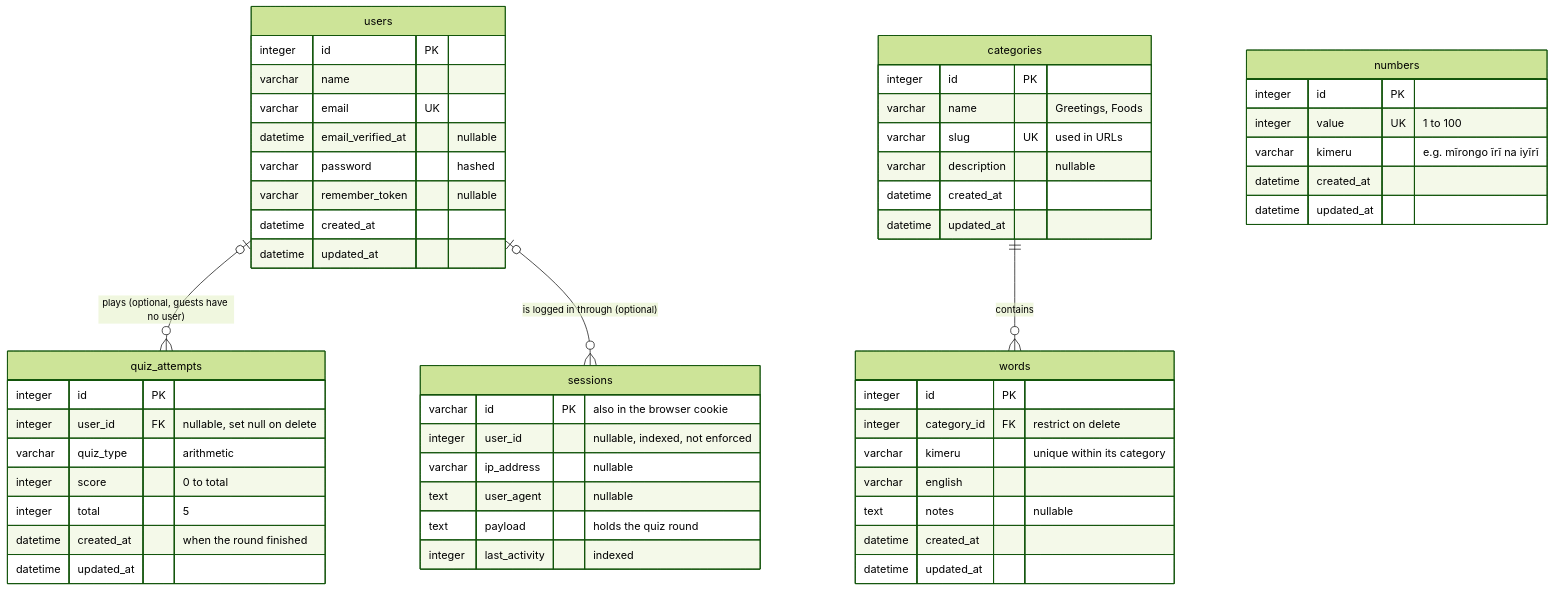
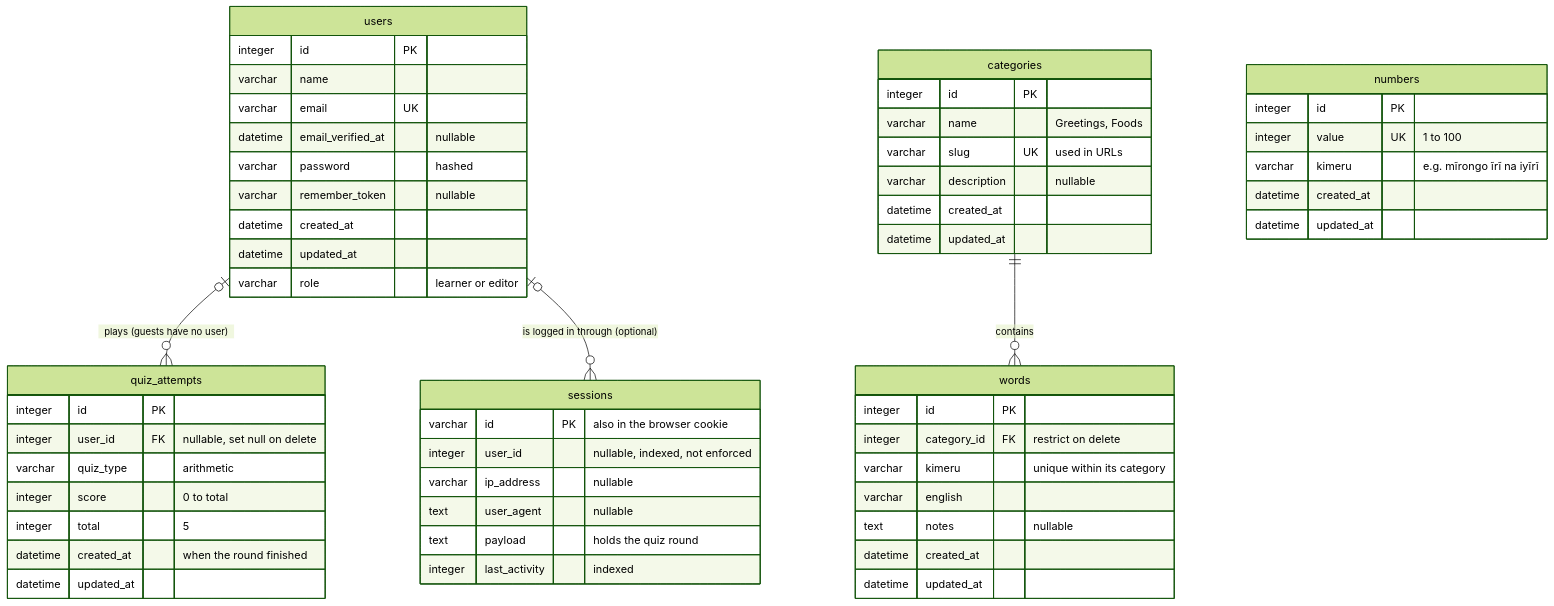
Before and after one commit to Cato-Devs/kimeru-learn: the diagram in docs/erd/kimeru-learn.mmd, drawn with Mermaid (forest theme). The commit also changed 30 other files, not shown here.

```diff
--- a/docs/erd/kimeru-learn.mmd
+++ b/docs/erd/kimeru-learn.mmd
@@ -1,61 +1,62 @@
 erDiagram
-    users |o--o{ quiz_attempts : "plays (optional, guests have no user)"
+    users |o--o{ quiz_attempts : "plays (guests have no user)"
     users |o--o{ sessions : "is logged in through (optional)"
     categories ||--o{ words : "contains"
 
     numbers {
         integer id PK
         integer value UK "1 to 100"
         varchar kimeru "e.g. mĩrongo ĩrĩ na iyĩrĩ"
         datetime created_at
         datetime updated_at
     }
 
     quiz_attempts {
         integer id PK
         integer user_id FK "nullable, set null on delete"
         varchar quiz_type "arithmetic"
         integer score "0 to total"
         integer total "5"
         datetime created_at "when the round finished"
         datetime updated_at
     }
 
     users {
         integer id PK
         varchar name
         varchar email UK
         datetime email_verified_at "nullable"
         varchar password "hashed"
         varchar remember_token "nullable"
         datetime created_at
         datetime updated_at
+        varchar role "learner or editor"
     }
 
     sessions {
         varchar id PK "also in the browser cookie"
         integer user_id "nullable, indexed, not enforced"
         varchar ip_address "nullable"
         text user_agent "nullable"
         text payload "holds the quiz round"
         integer last_activity "indexed"
     }
 
     categories {
         integer id PK
         varchar name "Greetings, Foods"
         varchar slug UK "used in URLs"
         varchar description "nullable"
         datetime created_at
         datetime updated_at
     }
 
     words {
         integer id PK
         integer category_id FK "restrict on delete"
         varchar kimeru "unique within its category"
         varchar english
         text notes "nullable"
         datetime created_at
         datetime updated_at
     }
```
